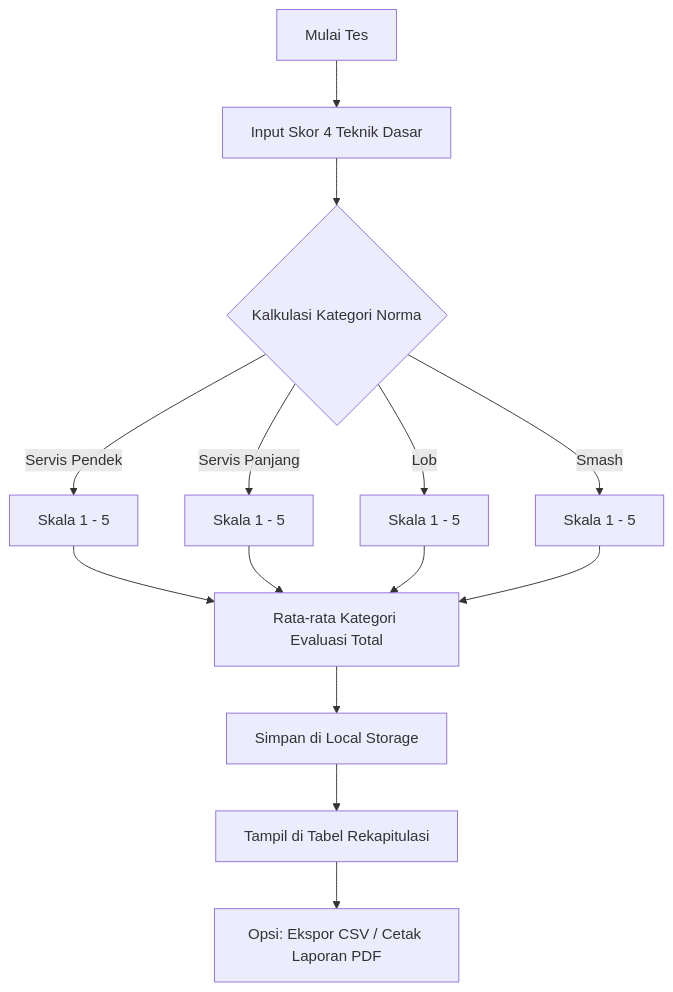
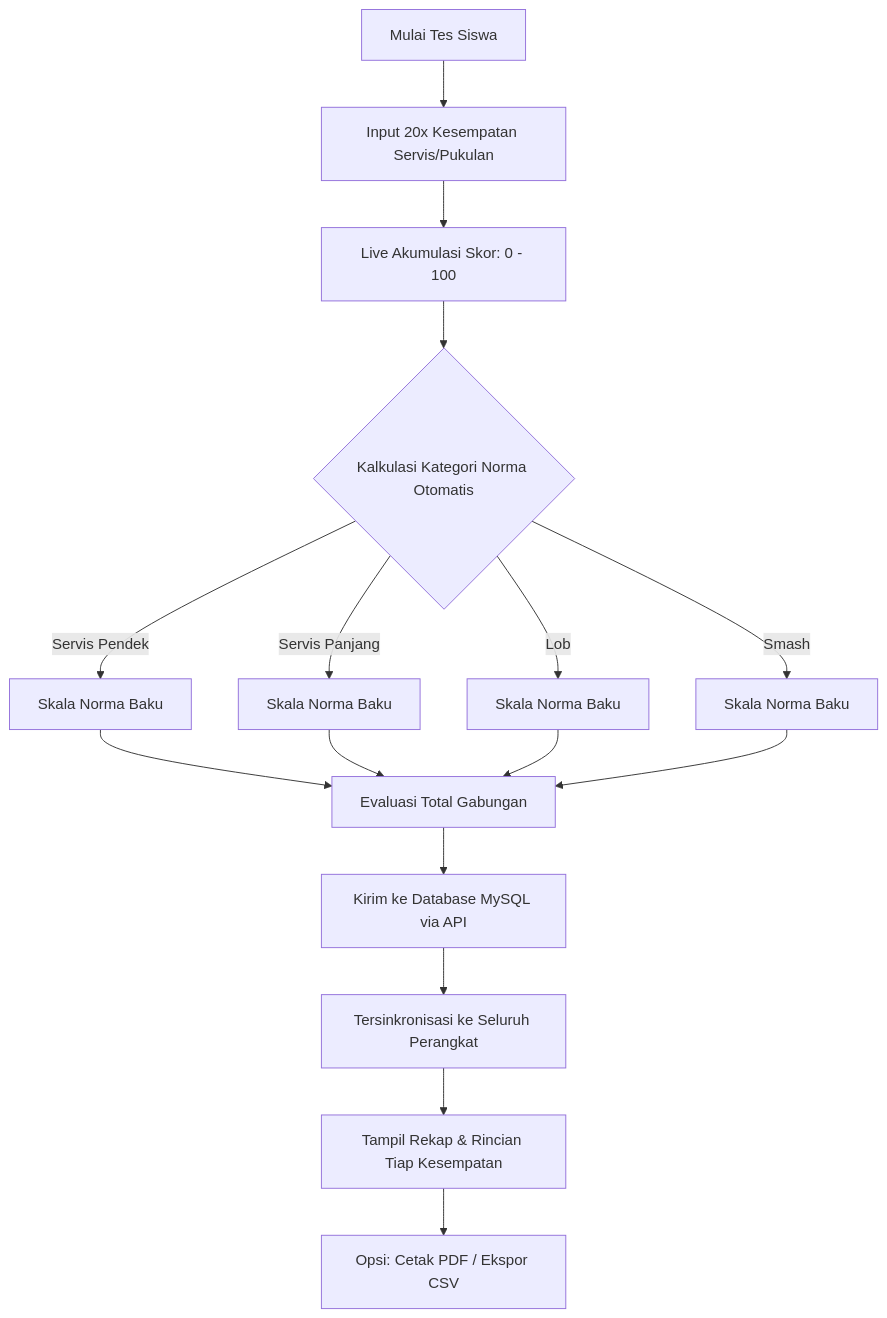
One commit to septaryanhidayat/sa-bawa changed the diagram in docs/features-workflow.md. Above: the diagram before and after it, drawn with Mermaid. The commit also changed other lines of this file and 17 other files, not shown here.

Commit message:
feat: revisi input 20 kesempatan servis terpisah, akumulasi skor real-time, integrasi database, dan konfigurasi cpanel deployment

````diff
--- a/docs/features-workflow.md
+++ b/docs/features-workflow.md
@@ -16,13 +28,15 @@
 ```mermaid
 flowchart TD
-    A[Mulai Tes] --> B[Input Skor 4 Teknik Dasar]
-    B --> C{Kalkulasi Kategori Norma}
-    C -->|Servis Pendek| D[Skala 1 - 5]
-    C -->|Servis Panjang| E[Skala 1 - 5]
-    C -->|Lob| F[Skala 1 - 5]
-    C -->|Smash| G[Skala 1 - 5]
-    D & E & F & G --> H[Rata-rata Kategori Evaluasi Total]
-    H --> I[Simpan di Local Storage]
-    I --> J[Tampil di Tabel Rekapitulasi]
-    J --> K[Opsi: Ekspor CSV / Cetak Laporan PDF]
+    A[Mulai Tes Siswa] --> B[Input 20x Kesempatan Servis/Pukulan]
+    B --> C[Live Akumulasi Skor: 0 - 100]
+    C --> D{Kalkulasi Kategori Norma Otomatis}
+    D -->|Servis Pendek| E[Skala Norma Baku]
+    D -->|Servis Panjang| F[Skala Norma Baku]
+    D -->|Lob| G[Skala Norma Baku]
+    D -->|Smash| H[Skala Norma Baku]
+    E & F & G & H --> I[Evaluasi Total Gabungan]
+    I --> J[Kirim ke Database MySQL via API]
+    J --> K[Tersinkronisasi ke Seluruh Perangkat]
+    K --> L[Tampil Rekap & Rincian Tiap Kesempatan]
+    L --> M[Opsi: Cetak PDF / Ekspor CSV]
 ```
````
